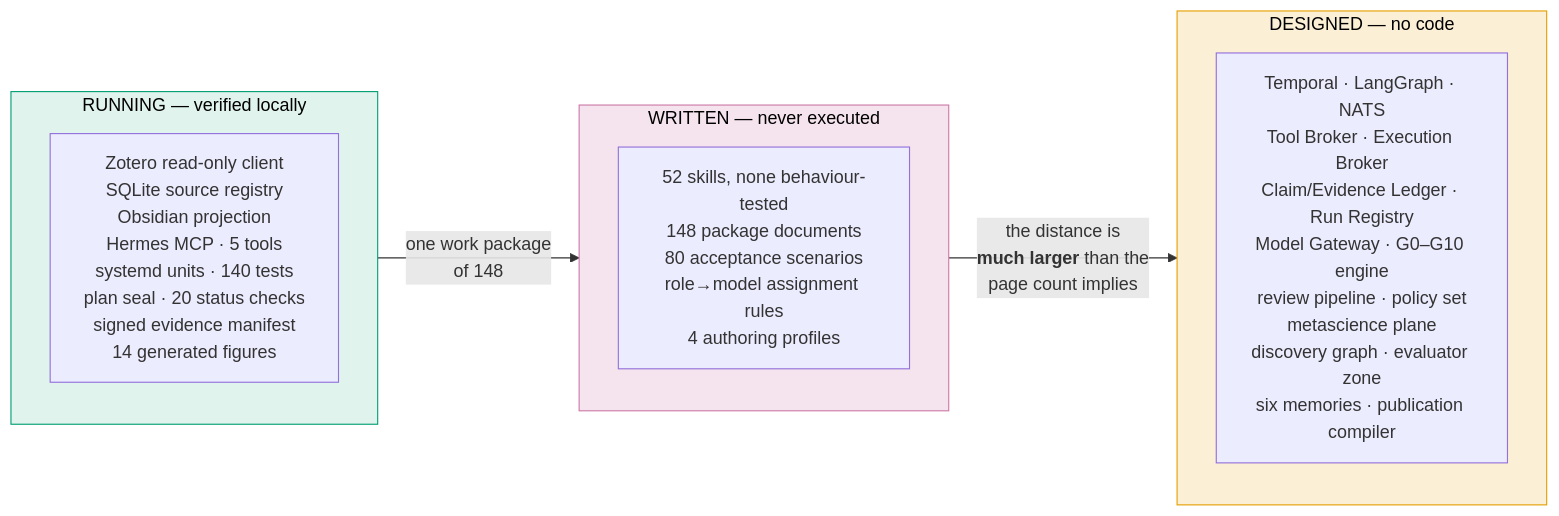
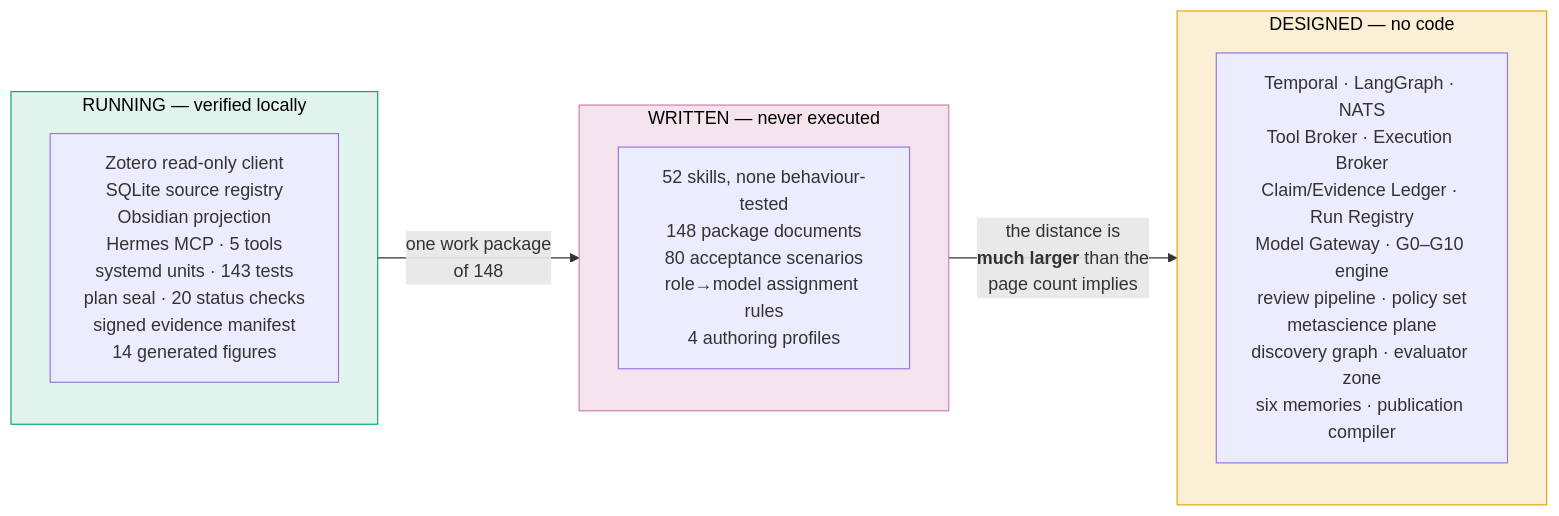
Before and after one commit to furkanhanilci/AETHRION: diagram 23 of 24 in docs/architecture/AETHRION_ARCHITECTURE.md, drawn with Mermaid. The commit also changed 19 other files, not shown here.

````diff
--- a/docs/architecture/AETHRION_ARCHITECTURE.md
+++ b/docs/architecture/AETHRION_ARCHITECTURE.md
@@ -976,17 +976,17 @@
 ```mermaid
 flowchart LR
     subgraph WORKING["RUNNING — verified locally"]
-        W["Zotero read-only client<br/>SQLite source registry<br/>Obsidian projection<br/>Hermes MCP · 5 tools<br/>systemd units · 140 tests<br/>plan seal · 20 status checks<br/>signed evidence manifest<br/>14 generated figures"]
+        W["Zotero read-only client<br/>SQLite source registry<br/>Obsidian projection<br/>Hermes MCP · 5 tools<br/>systemd units · 143 tests<br/>plan seal · 20 status checks<br/>signed evidence manifest<br/>14 generated figures"]
     end
     subgraph WRITTEN["WRITTEN — never executed"]
         S["52 skills, none behaviour-tested<br/>148 package documents<br/>80 acceptance scenarios<br/>role→model assignment rules<br/>4 authoring profiles"]
     end
     subgraph DESIGNED["DESIGNED — no code"]
         D["Temporal · LangGraph · NATS<br/>Tool Broker · Execution Broker<br/>Claim/Evidence Ledger · Run Registry<br/>Model Gateway · G0–G10 engine<br/>review pipeline · policy set<br/>metascience plane<br/>discovery graph · evaluator zone<br/>six memories · publication compiler"]
     end
     WORKING -->|"one work package<br/>of 148"| WRITTEN
     WRITTEN -->|"the distance is<br/><b>much larger</b> than the<br/>page count implies"| DESIGNED
     style WORKING fill:#E0F3EC,stroke:#009E73,color:#000
     style WRITTEN fill:#F5E4EE,stroke:#CC79A7,color:#000
     style DESIGNED fill:#FBEFD6,stroke:#E69F00,color:#000
 ```
````
